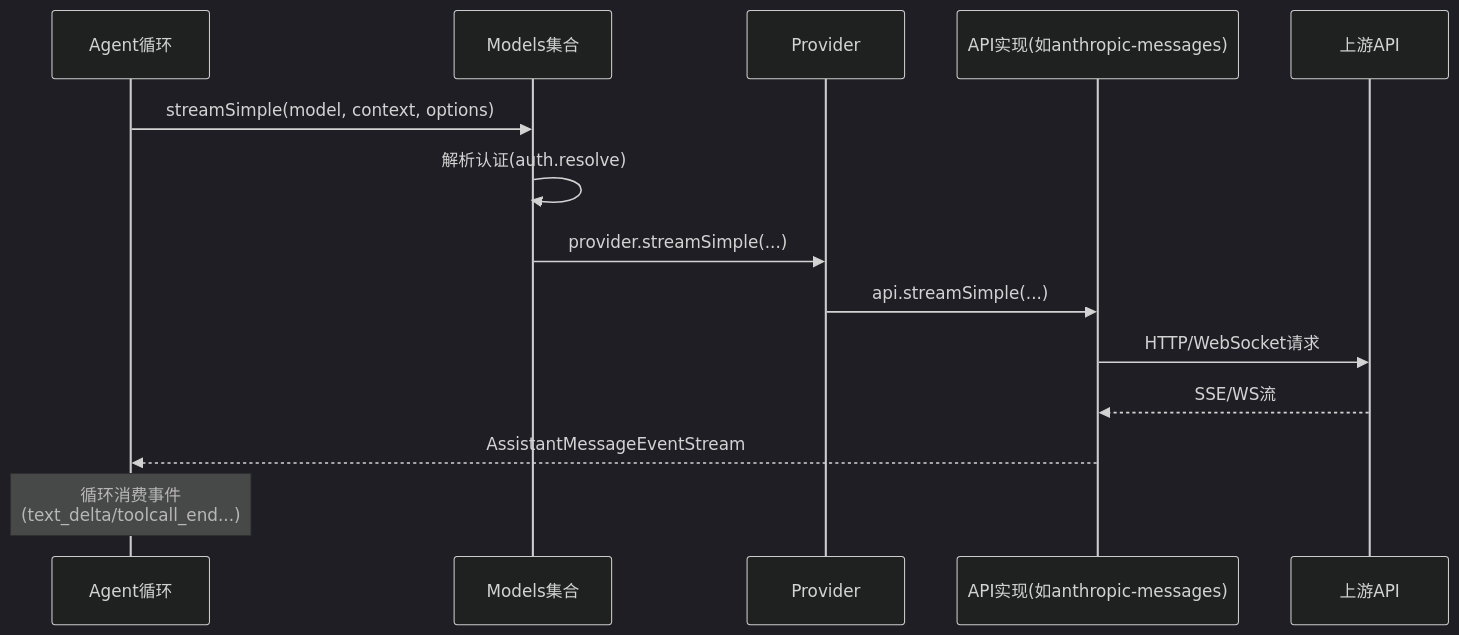
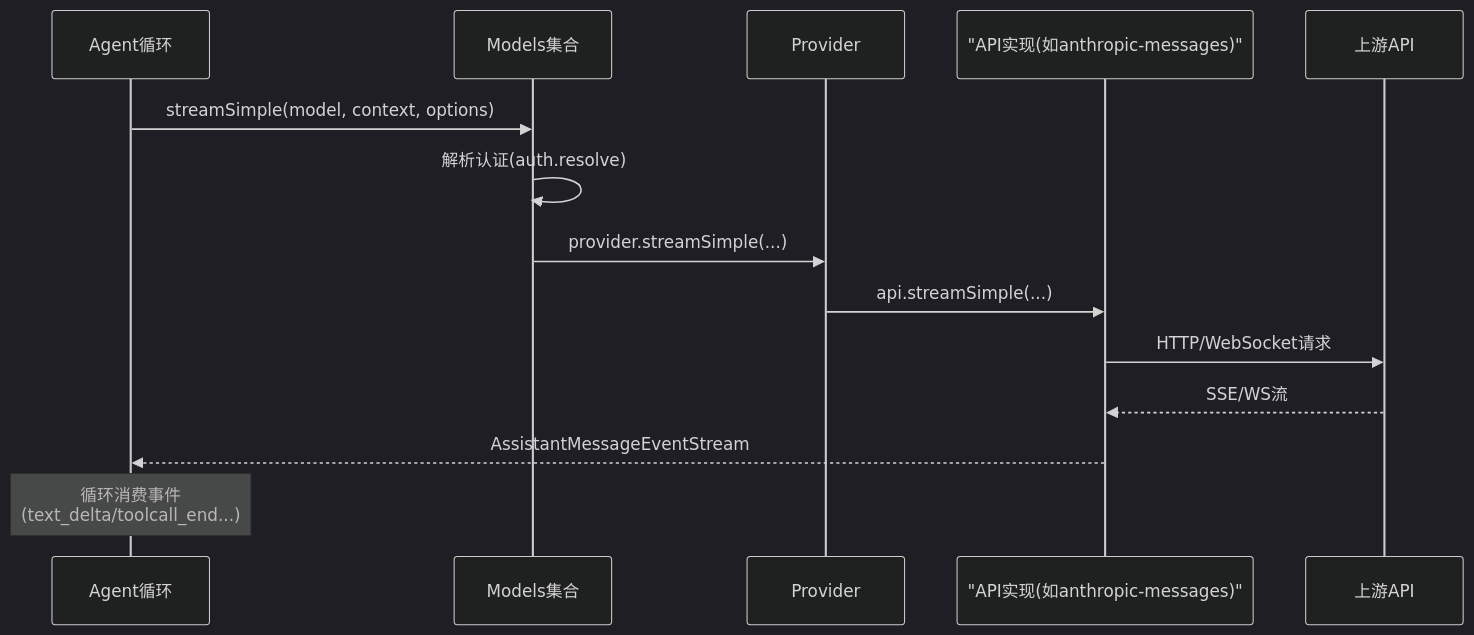
Before and after one commit to lidetao/harness-frameworks: the first of 2 diagrams in pi/06-ai-provider.md, drawn with Mermaid (dark theme). The commit also changed 4 other files, not shown here.

Commit message:
Quote Mermaid labels in pi docs to fix diagram rendering

````diff
--- a/pi/06-ai-provider.md
+++ b/pi/06-ai-provider.md
@@ -11,17 +11,17 @@
 ```mermaid
 sequenceDiagram
     participant L as Agent循环
     participant M as Models集合
     participant P as Provider
-    participant A as API实现(如anthropic-messages)
+    participant A as "API实现(如anthropic-messages)"
     participant U as 上游API
 
     L->>M: streamSimple(model, context, options)
     M->>M: 解析认证(auth.resolve)
     M->>P: provider.streamSimple(...)
     P->>A: api.streamSimple(...)
     A->>U: HTTP/WebSocket请求
     U-->>A: SSE/WS流
     A-->>L: AssistantMessageEventStream
     Note over L: 循环消费事件<br/>(text_delta/toolcall_end...)
 ```
````
